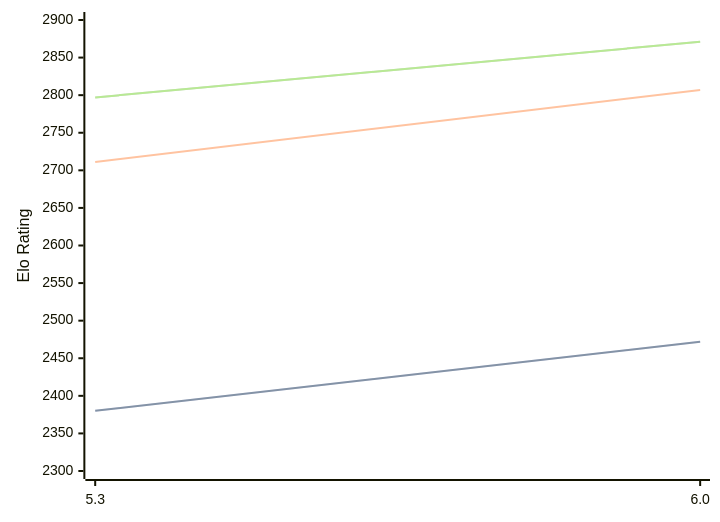
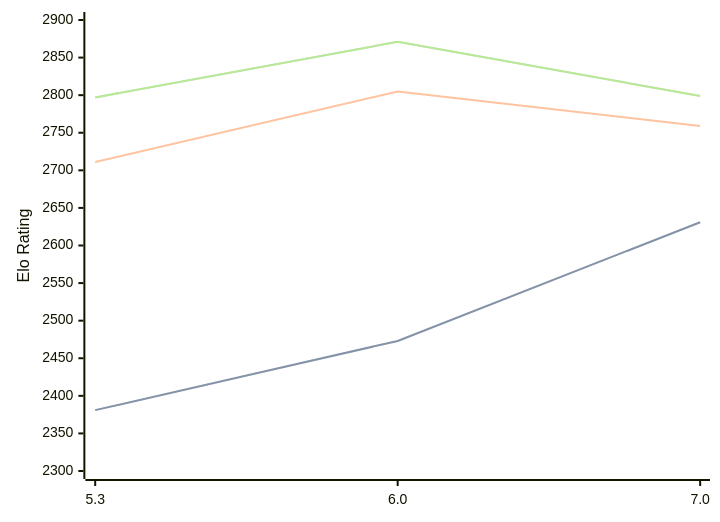
Before and after one commit to computer-chess-index/cci: the first of 3 diagrams in engines/tomitankChess.md, drawn with Mermaid. The commit also changed other lines of this file, not shown here.

Commit message:
Update CCI Ratings (ELO VLTC) - 2026-07-08

````diff
--- a/engines/tomitankChess.md
+++ b/engines/tomitankChess.md
@@ -41,11 +41,11 @@
 ```mermaid
 %%{init: {"theme":"base","themeVariables":{"seriesColors:['#a3a3a3','#222221','#faa371']}}}%%
 xychart-beta
-  x-axis ["5.3", "6.0"]
+  x-axis ["5.3", "6.0", "7.0"]
   y-axis "Elo Rating" 2300 --> 2900
-  line "STC (8.0+0.08s)" [2380, 2472]
-  line "STC (8.0+0.08s)" [2380, 2472]
-  line "LTC (60.0+0.60s)" [2711, 2807]
-  line "VLTC (2m24s+1.12s)" [2797, 2871]
-  line "VLTC (2m24s+1.12s)" [2797, 2871]
+  line "STC (8.0+0.08s)" [2381, 2473, 2631]
+  line "STC (8.0+0.08s)" [2381, 2473, 2631]
+  line "LTC (60.0+0.60s)" [2711, 2805, 2759]
+  line "VLTC (2m24s+1.12s)" [2797, 2871, 2799]
+  line "VLTC (2m24s+1.12s)" [2797, 2871, 2799]
 ```
````
